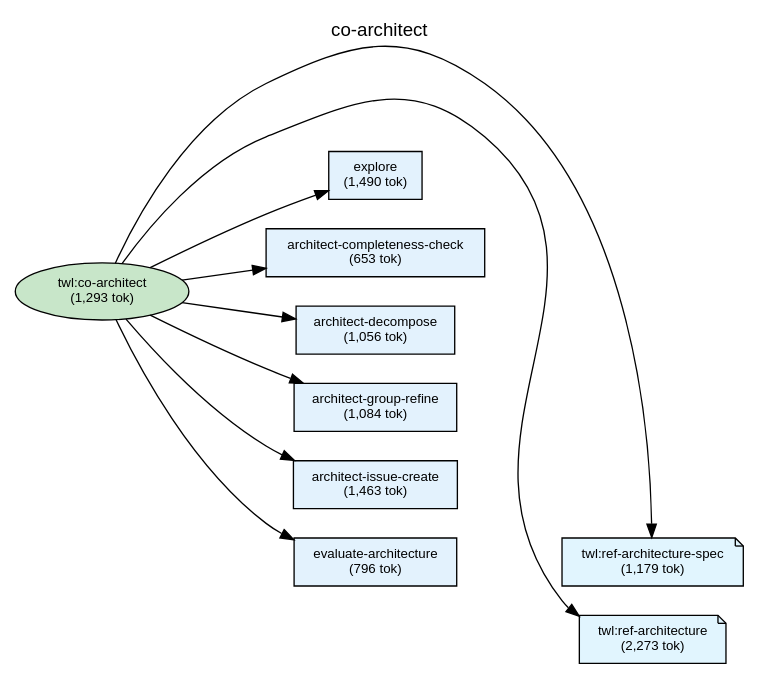
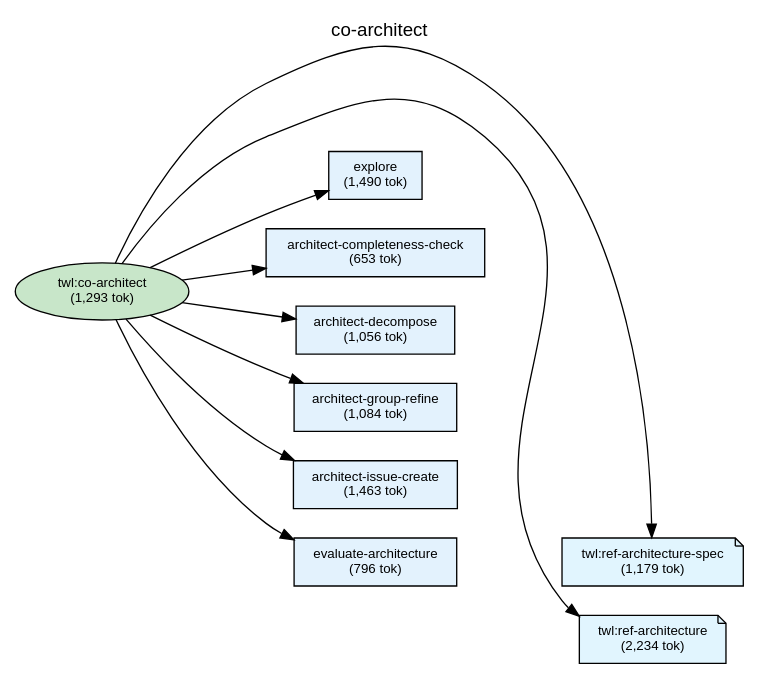
Before and after one commit to shuu5/twill: the diagram in plugins/twl/docs/deps-co-architect.dot, drawn with Graphviz. The commit also changed 831 other files, not shown here.

```diff
--- a/plugins/twl/docs/deps-co-architect.dot
+++ b/plugins/twl/docs/deps-co-architect.dot
@@ -1,64 +1,64 @@
 digraph Dependencies {
     // Graph settings
     rankdir=LR;
     ranksep=0.8;
     nodesep=0.3;
     fontname="Helvetica";
     node [fontname="Helvetica", fontsize=10];
     edge [fontname="Helvetica", fontsize=9];
     label="co-architect";
     labelloc=t;
     fontsize=14;
 
     // L0: Controller Skills
     skill_co_architect [label="twl:co-architect\n(1,293 tok)", shape=ellipse, style=filled, fillcolor="#c8e6c9"];
 
     // L0: Launchers
 
     // L0.5: Workflow Skills
 
     // Reference Skills
-    skill_ref_architecture [label="twl:ref-architecture\n(2,273 tok)", shape=note, style=filled, fillcolor="#e1f5fe"];
+    skill_ref_architecture [label="twl:ref-architecture\n(2,234 tok)", shape=note, style=filled, fillcolor="#e1f5fe"];
     skill_ref_architecture_spec [label="twl:ref-architecture-spec\n(1,179 tok)", shape=note, style=filled, fillcolor="#e1f5fe"];
 
     // L1: Direct Commands
     cmd_architect_completeness_check [label="architect-completeness-check\n(653 tok)", shape=box, style=filled, fillcolor="#e3f2fd"];
     cmd_architect_decompose [label="architect-decompose\n(1,056 tok)", shape=box, style=filled, fillcolor="#e3f2fd"];
     cmd_architect_group_refine [label="architect-group-refine\n(1,084 tok)", shape=box, style=filled, fillcolor="#e3f2fd"];
     cmd_architect_issue_create [label="architect-issue-create\n(1,463 tok)", shape=box, style=filled, fillcolor="#e3f2fd"];
     cmd_evaluate_architecture [label="evaluate-architecture\n(796 tok)", shape=box, style=filled, fillcolor="#e3f2fd"];
     cmd_explore [label="explore\n(1,490 tok)", shape=box, style=filled, fillcolor="#e3f2fd"];
 
     // L2: Sub Commands
 
     // L3: Agents
 
     // L3.5: Scripts
 
     // L4: External
 
     // Layer constraints
     { rank=same; skill_co_architect; }
     { rank=same; skill_ref_architecture; skill_ref_architecture_spec; }
     { rank=same; cmd_architect_completeness_check; cmd_architect_decompose; cmd_architect_group_refine; cmd_architect_issue_create; cmd_evaluate_architecture; cmd_explore; }
 
     // Edges
     skill_co_architect -> cmd_explore;
     skill_co_architect -> cmd_architect_completeness_check;
     skill_co_architect -> cmd_architect_decompose;
     skill_co_architect -> cmd_architect_group_refine;
     skill_co_architect -> cmd_architect_issue_create;
     skill_co_architect -> cmd_evaluate_architecture;
     skill_co_architect -> skill_ref_architecture_spec;
     skill_co_architect -> skill_ref_architecture;
 
     // Ordering constraints (invisible edges)
     cmd_explore -> cmd_architect_completeness_check [style=invis, weight=10];
     cmd_architect_completeness_check -> cmd_architect_decompose [style=invis, weight=10];
     cmd_architect_decompose -> cmd_architect_group_refine [style=invis, weight=10];
     cmd_architect_group_refine -> cmd_architect_issue_create [style=invis, weight=10];
     cmd_architect_issue_create -> cmd_evaluate_architecture [style=invis, weight=10];
     cmd_evaluate_architecture -> skill_ref_architecture_spec [style=invis, weight=10];
     skill_ref_architecture_spec -> skill_ref_architecture [style=invis, weight=10];
 
 }
```
